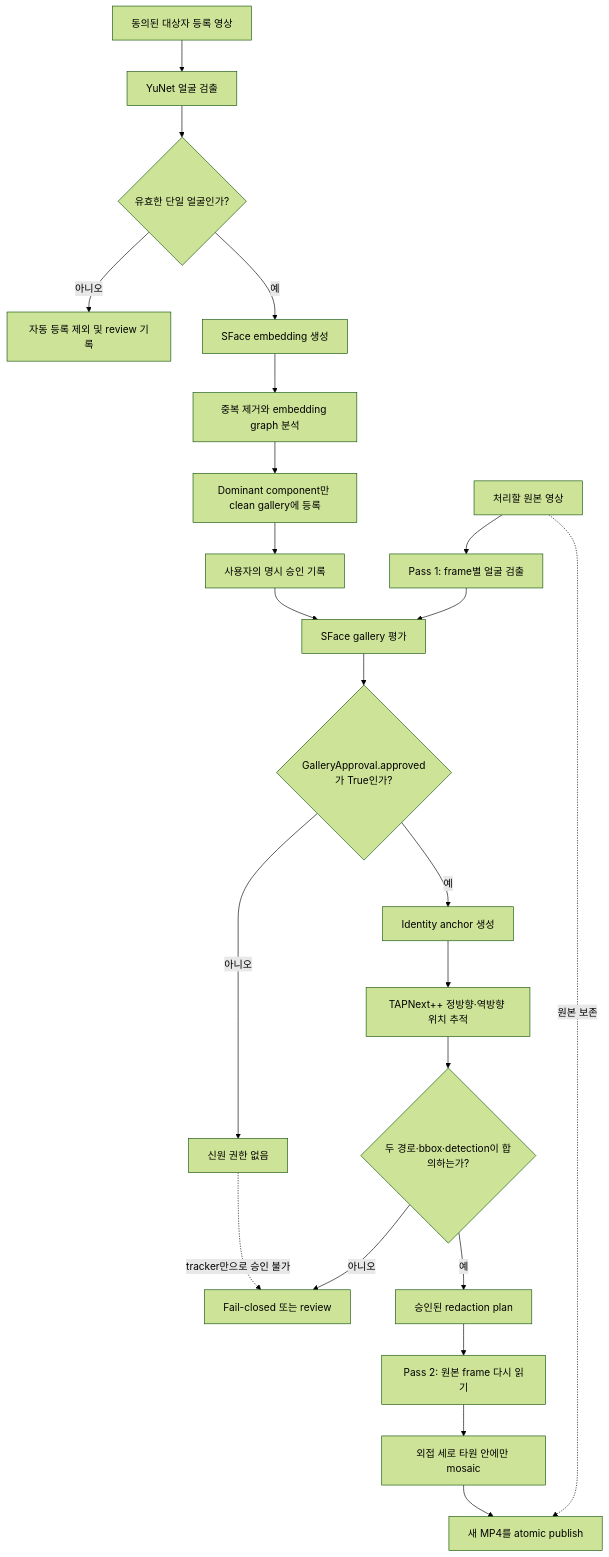
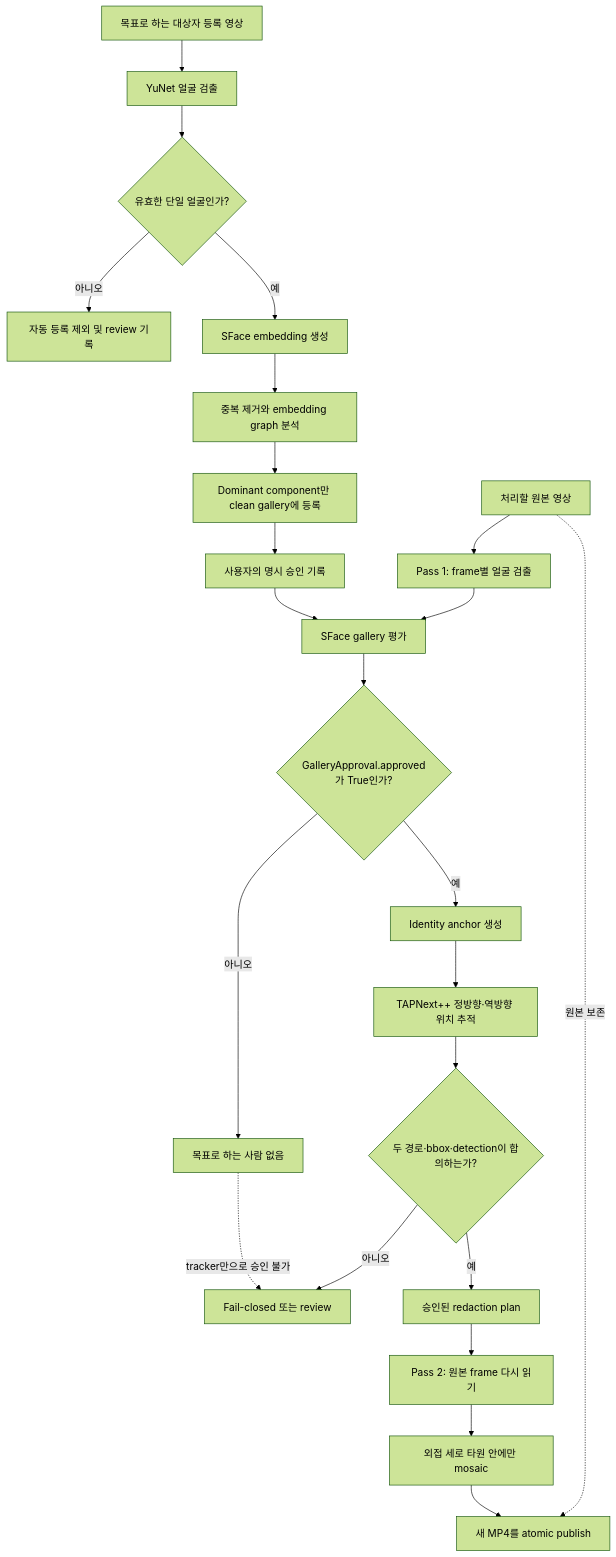
The diagram in README.md (SaDubu/consented-face-redactor), drawn with Mermaid (forest theme) before and after one commit.

````diff
--- a/README.md
+++ b/README.md
@@ -203,27 +203,27 @@
 ```mermaid
 flowchart TD
-    A[동의된 대상자 등록 영상] --> B[YuNet 얼굴 검출]
+    A[목표로 하는 대상자 등록 영상] --> B[YuNet 얼굴 검출]
     B --> C{유효한 단일 얼굴인가?}
     C -- 아니오 --> D[자동 등록 제외 및 review 기록]
     C -- 예 --> E[SFace embedding 생성]
     E --> F[중복 제거와 embedding graph 분석]
     F --> G[Dominant component만 clean gallery에 등록]
     G --> H[사용자의 명시 승인 기록]
 
     I[처리할 원본 영상] --> J[Pass 1: frame별 얼굴 검출]
     J --> K[SFace gallery 평가]
     H --> K
     K --> L{GalleryApproval.approved가 True인가?}
-    L -- 아니오 --> M[신원 권한 없음]
+    L -- 아니오 --> M[목표로 하는 사람 없음]
     L -- 예 --> N[Identity anchor 생성]
     N --> O[TAPNext++ 정방향·역방향 위치 추적]
     O --> P{두 경로·bbox·detection이 합의하는가?}
     P -- 아니오 --> Q[Fail-closed 또는 review]
     P -- 예 --> R[승인된 redaction plan]
     R --> S[Pass 2: 원본 frame 다시 읽기]
     S --> T[외접 세로 타원 안에만 mosaic]
     T --> U[새 MP4를 atomic publish]
     I -. 원본 보존 .-> U
 
     M -. tracker만으로 승인 불가 .-> Q
 ```
````
